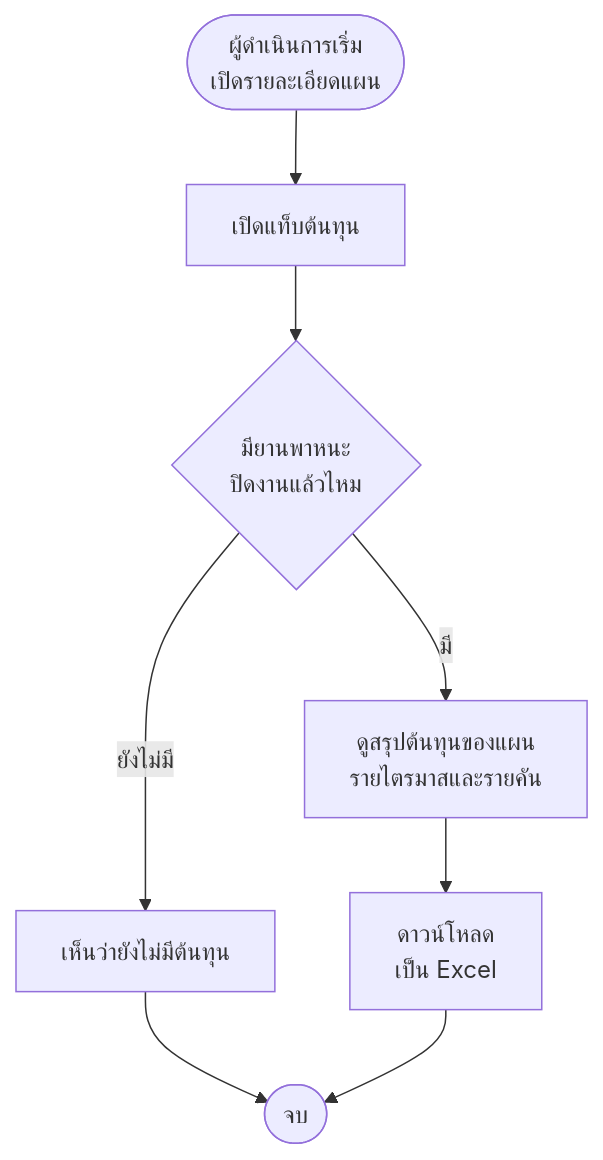
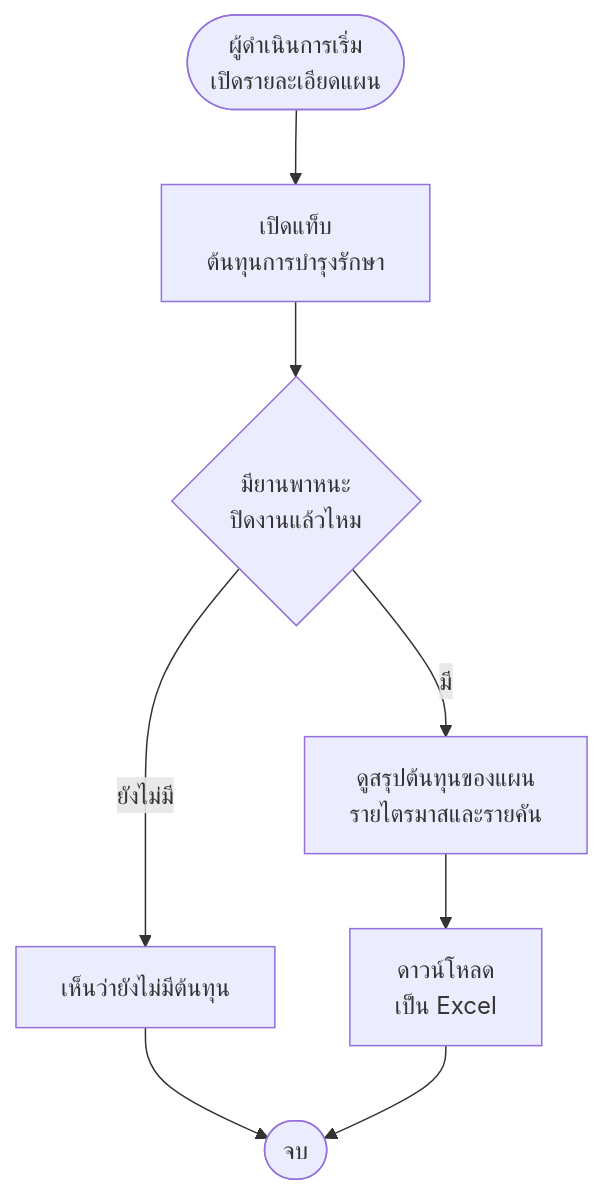
Before and after one commit to anugmail/Maintenance-Request-Form: diagram 16 of 17 in Diagram/01-บำรุงรักษาตามวาระ/27-บำรุงรักษา-flowchart-กิจกรรม.md, drawn with Mermaid. The commit also changed other lines of this file and 2 other files, not shown here.

Commit message:
บำรุงรักษา: S18 เคาะรอบ 2 — แท็บ "ต้นทุนการบำรุงรักษา" · Excel เหมือนหน้าจอ · ชั่วโมงทำงานไม่บังคับ · ราคาอะไหล่ของแผนที่ทำเอง prefill · ผังไฟล์ 14 27

````diff
--- a/Diagram/01-บำรุงรักษาตามวาระ/27-บำรุงรักษา-flowchart-กิจกรรม.md
+++ b/Diagram/01-บำรุงรักษาตามวาระ/27-บำรุงรักษา-flowchart-กิจกรรม.md
@@ -352,10 +352,10 @@
 ```mermaid
 flowchart TD
-    S(["ผู้ดำเนินการเริ่ม<br/>เปิดรายละเอียดแผน"]) --> A1["เปิดแท็บต้นทุน"]
+    S(["ผู้ดำเนินการเริ่ม<br/>เปิดรายละเอียดแผน"]) --> A1["เปิดแท็บ<br/>ต้นทุนการบำรุงรักษา"]
     A1 --> D1{"มียานพาหนะ<br/>ปิดงานแล้วไหม"}
     D1 -->|"ยังไม่มี"| A0["เห็นว่ายังไม่มีต้นทุน"]
     A0 --> E(["จบ"])
     D1 -->|"มี"| A2["ดูสรุปต้นทุนของแผน<br/>รายไตรมาสและรายคัน"]
     A2 --> A3["ดาวน์โหลด<br/>เป็น Excel"]
     A3 --> E
 ```
````
